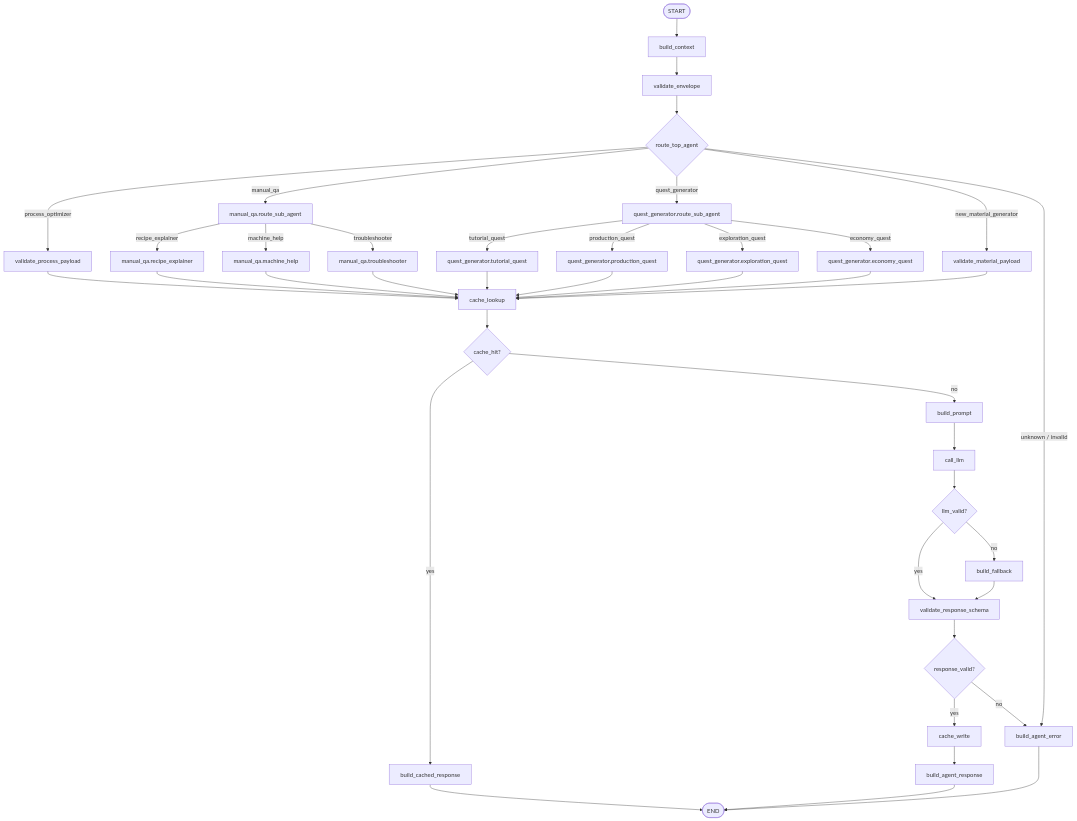
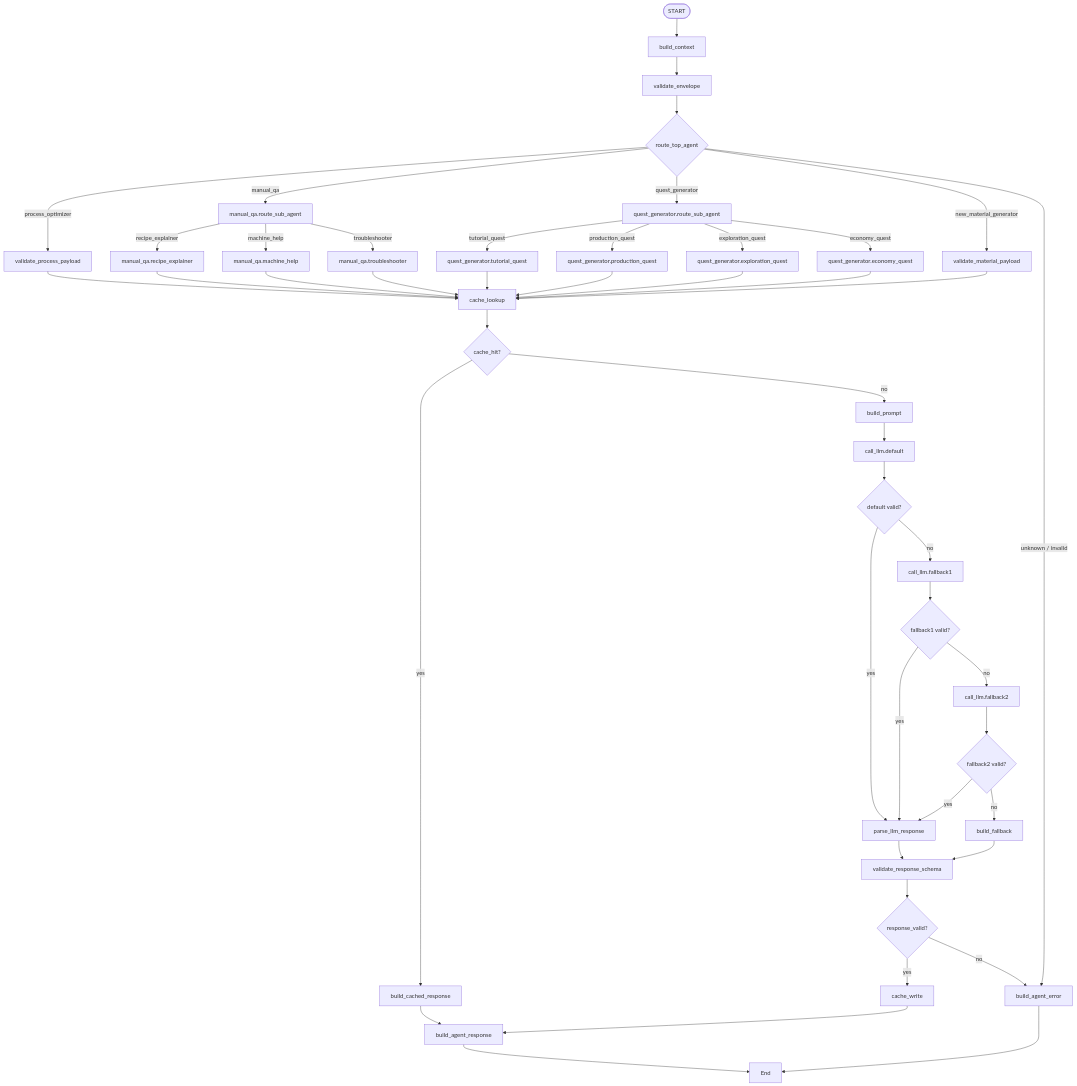
Before and after one commit to PU3-Lab/factory-space: the diagram in backend/src/FOLDER_ROLES.md, drawn with Mermaid. The commit also changed other lines of this file and 14 other files, not shown here.

Commit message:
feat: LangGraph LLM fallback 경로 연결

````diff
--- a/backend/src/FOLDER_ROLES.md
+++ b/backend/src/FOLDER_ROLES.md
@@ -247,50 +252,57 @@
 ```mermaid
 flowchart TD
     Start([START]) --> BuildContext[build_context]
     BuildContext --> ValidateEnvelope[validate_envelope]
     ValidateEnvelope --> RouteTopAgent{route_top_agent}
 
     RouteTopAgent -->|process_optimizer| ProcessPayload[validate_process_payload]
     RouteTopAgent -->|manual_qa| ManualRoute[manual_qa.route_sub_agent]
     RouteTopAgent -->|quest_generator| QuestRoute[quest_generator.route_sub_agent]
     RouteTopAgent -->|new_material_generator| MaterialPayload[validate_material_payload]
     RouteTopAgent -->|unknown / invalid| ErrorNode[build_agent_error]
 
     ManualRoute -->|recipe_explainer| ManualRecipe[manual_qa.recipe_explainer]
     ManualRoute -->|machine_help| ManualMachine[manual_qa.machine_help]
     ManualRoute -->|troubleshooter| ManualTrouble[manual_qa.troubleshooter]
 
     QuestRoute -->|tutorial_quest| QuestTutorial[quest_generator.tutorial_quest]
     QuestRoute -->|production_quest| QuestProduction[quest_generator.production_quest]
     QuestRoute -->|exploration_quest| QuestExploration[quest_generator.exploration_quest]
     QuestRoute -->|economy_quest| QuestEconomy[quest_generator.economy_quest]
 
     ProcessPayload --> CacheLookup[cache_lookup]
     MaterialPayload --> CacheLookup
     ManualRecipe --> CacheLookup
     ManualMachine --> CacheLookup
     ManualTrouble --> CacheLookup
     QuestTutorial --> CacheLookup
     QuestProduction --> CacheLookup
     QuestExploration --> CacheLookup
     QuestEconomy --> CacheLookup
 
     CacheLookup --> CacheDecision{cache_hit?}
     CacheDecision -->|yes| BuildCachedResponse[build_cached_response]
     CacheDecision -->|no| BuildPrompt[build_prompt]
 
-    BuildPrompt --> CallLLM[call_llm]
-    CallLLM --> LLMDecision{llm_valid?}
-    LLMDecision -->|yes| ValidateResponse[validate_response_schema]
-    LLMDecision -->|no| BuildFallback[build_fallback]
+    BuildPrompt --> DefaultLLM[call_llm.default]
+    DefaultLLM --> DefaultDecision{default valid?}
+    DefaultDecision -->|yes| ParseLLM[parse_llm_response]
+    DefaultDecision -->|no| Fallback1LLM[call_llm.fallback1]
+    Fallback1LLM --> Fallback1Decision{fallback1 valid?}
+    Fallback1Decision -->|yes| ParseLLM
+    Fallback1Decision -->|no| Fallback2LLM[call_llm.fallback2]
+    Fallback2LLM --> Fallback2Decision{fallback2 valid?}
+    Fallback2Decision -->|yes| ParseLLM
+    Fallback2Decision -->|no| BuildFallback[build_fallback]
+    ParseLLM --> ValidateResponse[validate_response_schema]
     BuildFallback --> ValidateResponse
 
     ValidateResponse --> ResponseDecision{response_valid?}
     ResponseDecision -->|yes| CacheWrite[cache_write]
     ResponseDecision -->|no| ErrorNode
 
     CacheWrite --> BuildResponse[build_agent_response]
-    BuildCachedResponse --> End([END])
+    BuildCachedResponse --> BuildResponse
     BuildResponse --> End
     ErrorNode --> End
 ```
````
